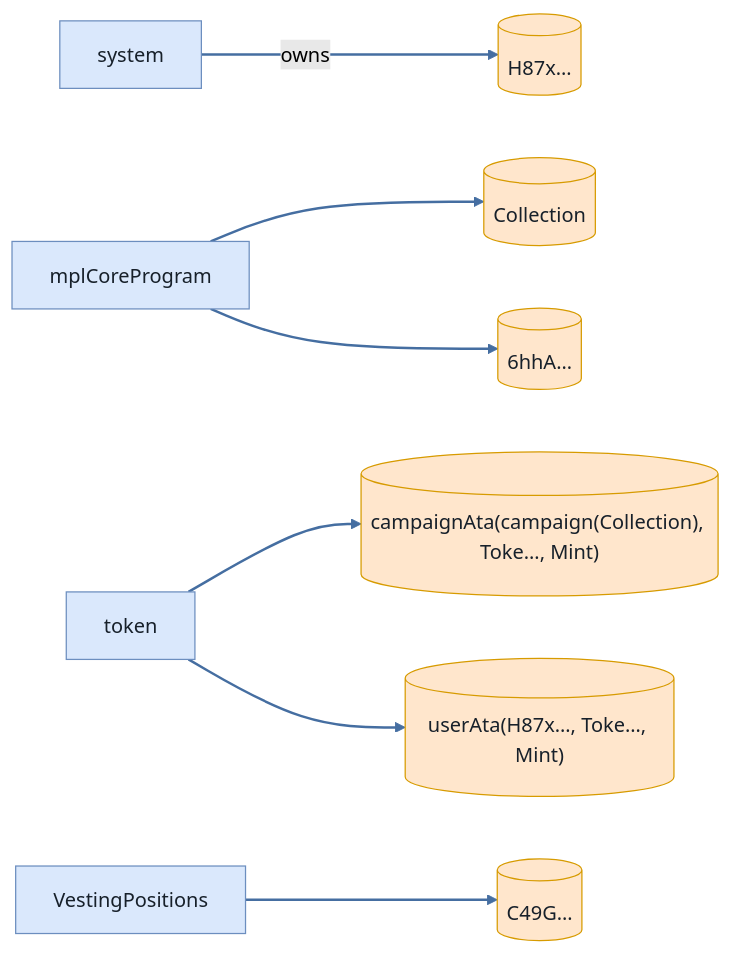
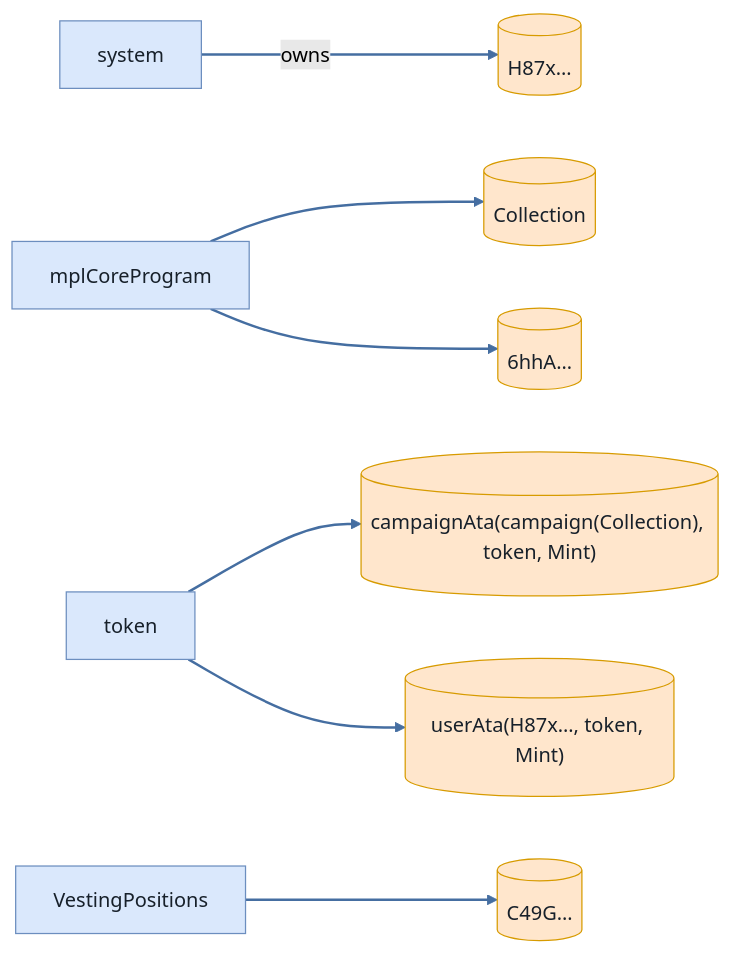
One commit to cds-turbin3/vesting-position changed diagram 15 of 18 in babelfish-tests/test-report/scenario_2_two_users_transfer_and_bob_claims_both.md. Above: the diagram before and after it, drawn with Mermaid (forest theme). The commit also changed other lines of this file and 104 other files, not shown here.

````diff
--- a/babelfish-tests/test-report/scenario_2_two_users_transfer_and_bob_claims_both.md
+++ b/babelfish-tests/test-report/scenario_2_two_users_transfer_and_bob_claims_both.md
@@ -646,23 +646,23 @@
 ```mermaid
 flowchart LR
     system["system"]:::program
     H87x[("H87x…")]:::state
     mplCoreProgram["mplCoreProgram"]:::program
     Collection[("Collection")]:::state
     token["token"]:::program
-    campaignAtacampaignCollectionTokeMint[("campaignAta(campaign(Collection), Toke…, Mint)")]:::state
-    userAtaH87xTokeMint[("userAta(H87x…, Toke…, Mint)")]:::state
+    campaignAtacampaignCollectiontokenMint[("campaignAta(campaign(Collection), token, Mint)")]:::state
+    userAtaH87xtokenMint[("userAta(H87x…, token, Mint)")]:::state
     n6hhA[("6hhA…")]:::state
     VestingPositions["VestingPositions"]:::program
     C49G[("C49G…")]:::state
     system -->|owns| H87x
     mplCoreProgram --> Collection
-    token --> campaignAtacampaignCollectionTokeMint
-    token --> userAtaH87xTokeMint
+    token --> campaignAtacampaignCollectiontokenMint
+    token --> userAtaH87xtokenMint
     mplCoreProgram --> n6hhA
     VestingPositions --> C49G
     classDef program fill:#dae8fc,stroke:#6c8ebf,color:#17202a;
     classDef signer fill:#d5e8d4,stroke:#82b366,color:#17202a;
     classDef state fill:#ffe6cc,stroke:#d79b00,color:#17202a;
     linkStyle 0,1,2,3,4,5 stroke:#456ea1,stroke-width:2px
 ```
````
